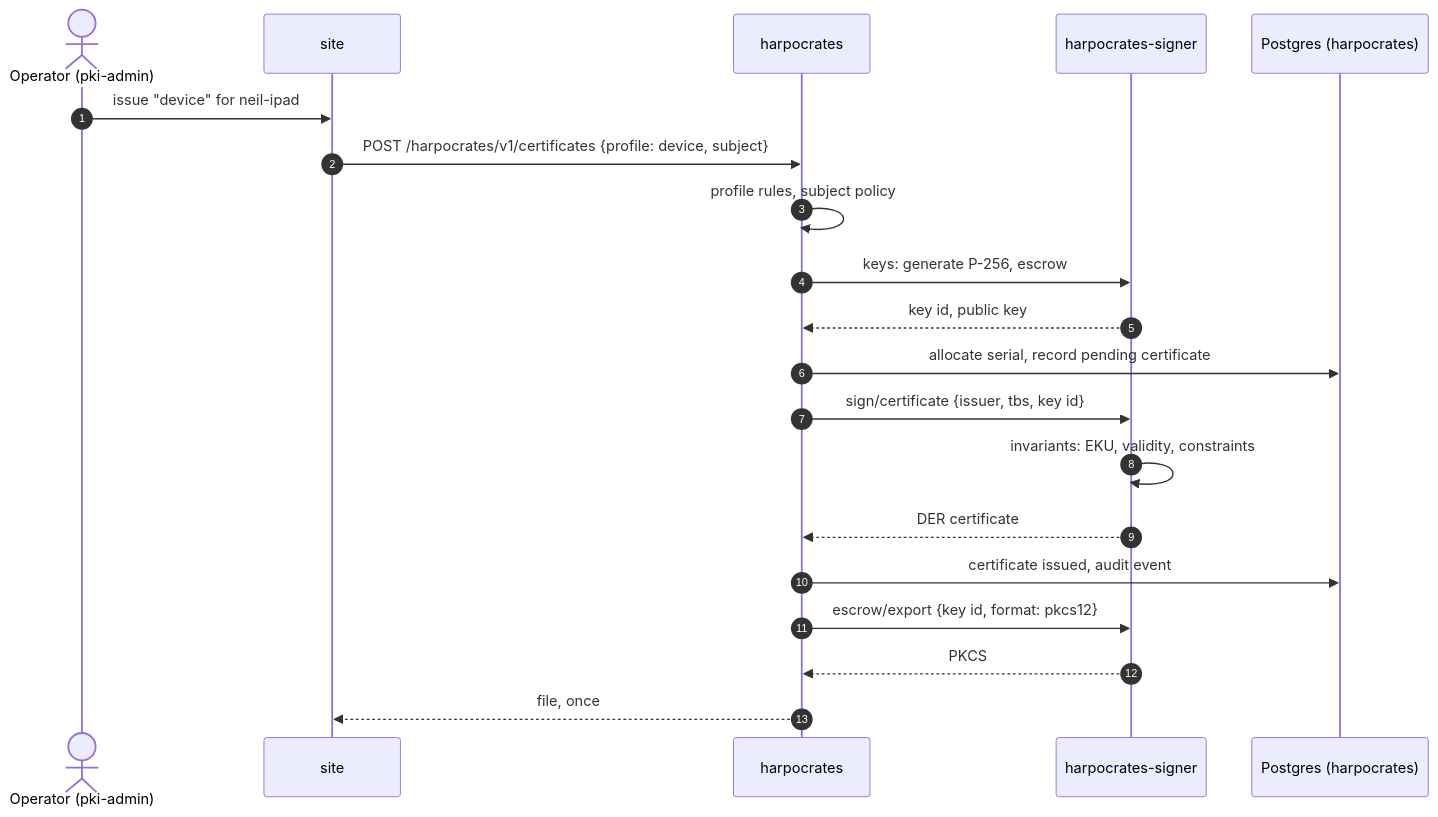
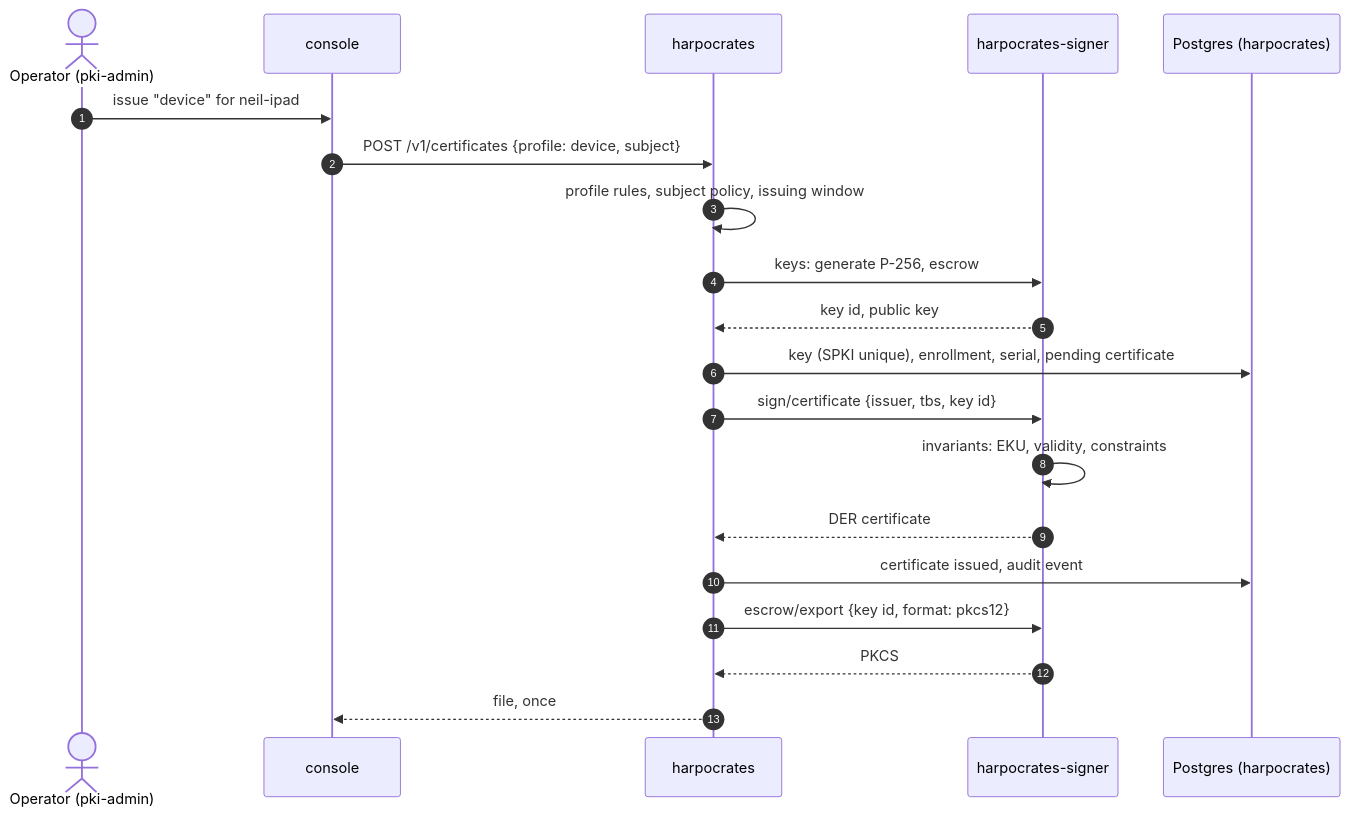
The second of 4 diagrams in docs/decisions/0020-internal-certificate-authority.md (ncfritz/olympus), drawn with Mermaid before and after one commit. The commit also changed other lines of this file and 7 other files, not shown here.

````diff
--- a/docs/decisions/0020-internal-certificate-authority.md
+++ b/docs/decisions/0020-internal-certificate-authority.md
@@ -392,23 +567,23 @@
 ```mermaid
 sequenceDiagram
   autonumber
   actor O as Operator (pki-admin)
-  participant S as site
+  participant S as console
   participant P as harpocrates
   participant G as harpocrates-signer
   participant D as Postgres (harpocrates)
 
   O->>S: issue "device" for neil-ipad
-  S->>P: POST /harpocrates/v1/certificates {profile: device, subject}
-  P->>P: profile rules, subject policy
+  S->>P: POST /v1/certificates {profile: device, subject}
+  P->>P: profile rules, subject policy, issuing window
   P->>G: keys: generate P-256, escrow
   G-->>P: key id, public key
-  P->>D: allocate serial, record pending certificate
+  P->>D: key (SPKI unique), enrollment, serial, pending certificate
   P->>G: sign/certificate {issuer, tbs, key id}
   G->>G: invariants: EKU, validity, constraints
   G-->>P: DER certificate
   P->>D: certificate issued, audit event
   P->>G: escrow/export {key id, format: pkcs12}
   G-->>P: PKCS#12 (passphrase from the operator)
   P-->>S: file, once
 ```
````
